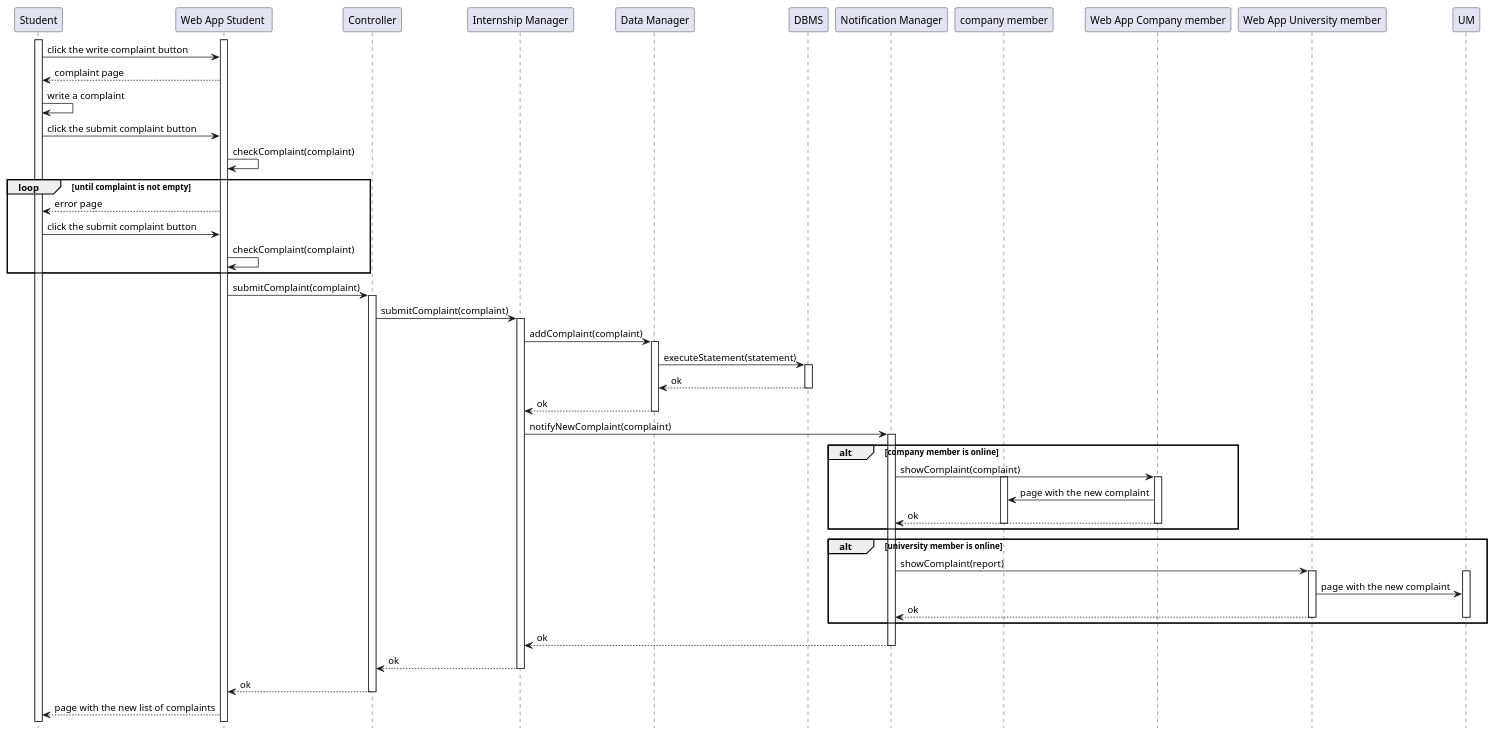
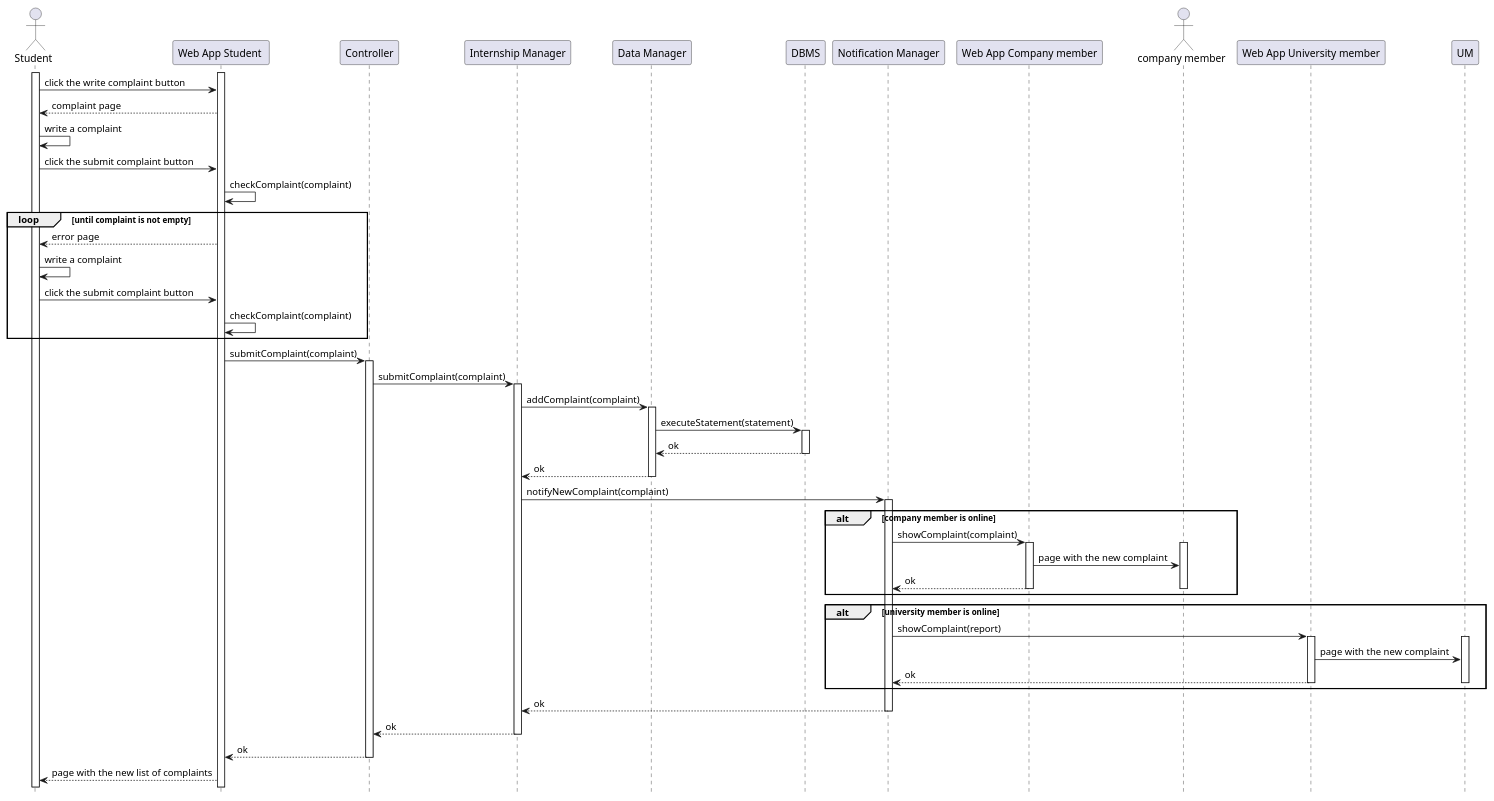
One commit to matti8702/R_and_DD_project_SE2 changed the diagram in DD/Architectural_design/uml_diagrams/RV26.puml. Above: the diagram before and after it, drawn with PlantUML. The commit also changed 9 other files, not shown here.

```diff
--- a/DD/Architectural_design/uml_diagrams/RV26.puml
+++ b/DD/Architectural_design/uml_diagrams/RV26.puml
@@ -1,67 +1,68 @@
 @startuml RV26
 hide footbox
 
-participant "Student" as ST
+actor "Student" as ST
 participant "Web App Student " AS WAST
 participant "Controller" as C
 participant "Internship Manager" as IM
 participant "Data Manager" as DM
 participant "DBMS" as DB
 participant "Notification Manager" as NM
-participant "company member" as CM
 participant "Web App Company member" AS WACM
+actor "company member" as CM
 participant "Web App University member" AS WAUM
 
 activate ST
 activate WAST
 
 ST -> WAST : click the write complaint button
 WAST --> ST : complaint page
 ST -> ST  : write a complaint
 ST -> WAST : click the submit complaint button
 WAST -> WAST : checkComplaint(complaint)
 loop until complaint is not empty
     WAST --> ST : error page
+    ST -> ST : write a complaint
     ST -> WAST : click the submit complaint button
     WAST -> WAST : checkComplaint(complaint)
 end
 WAST -> C  : submitComplaint(complaint)
 activate C
 C -> IM    : submitComplaint(complaint)
 activate IM
 IM -> DM   : addComplaint(complaint)
 activate DM
 DM -> DB   : executeStatement(statement)
 activate DB
 DB --> DM  : ok
 deactivate DB
 DM --> IM  : ok
 deactivate DM
 IM -> NM  : notifyNewComplaint(complaint)
 activate NM
 alt company member is online
     NM -> WACM : showComplaint(complaint)
     activate WACM
     activate CM
     WACM -> CM : page with the new complaint
     WACM --> NM : ok
     deactivate WACM
     deactivate CM
 end 
 alt university member is online
     NM -> WAUM : showComplaint(report)
     activate WAUM
     activate UM
     WAUM -> UM : page with the new complaint
     WAUM --> NM : ok
     deactivate WAUM
     deactivate UM
 end 
 NM --> IM : ok
 deactivate NM
 IM --> C : ok
 deactivate IM
 C --> WAST : ok
 deactivate C
 WAST --> ST : page with the new list of complaints
 @enduml
```
